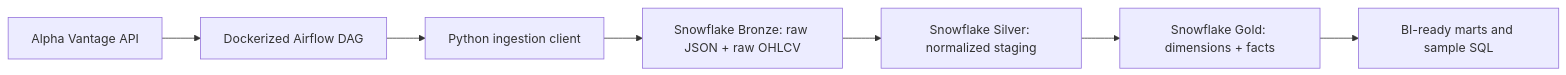
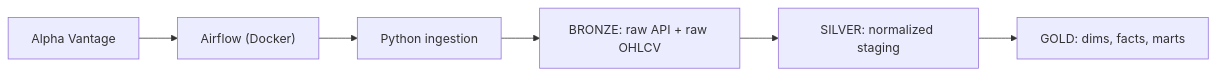
Before and after one commit to mustafaddogann/nasdaq-market-data-elt: the diagram in README.md, drawn with Mermaid. The commit also changed other lines of this file, not shown here.

Commit message:
Rewrite README in personal voice; add notes/gotchas and roadmap

````diff
--- a/README.md
+++ b/README.md
@@ -32,9 +19,8 @@
 ```mermaid
 flowchart LR
-    A["Alpha Vantage API"] --> B["Dockerized Airflow DAG"]
-    B --> C["Python ingestion client"]
-    C --> D["Snowflake Bronze: raw JSON + raw OHLCV"]
-    D --> E["Snowflake Silver: normalized staging"]
-    E --> F["Snowflake Gold: dimensions + facts"]
-    F --> G["BI-ready marts and sample SQL"]
+    A["Alpha Vantage"] --> B["Airflow (Docker)"]
+    B --> C["Python ingestion"]
+    C --> D["BRONZE: raw API + raw OHLCV"]
+    D --> E["SILVER: normalized staging"]
+    E --> F["GOLD: dims, facts, marts"]
 ```
````
